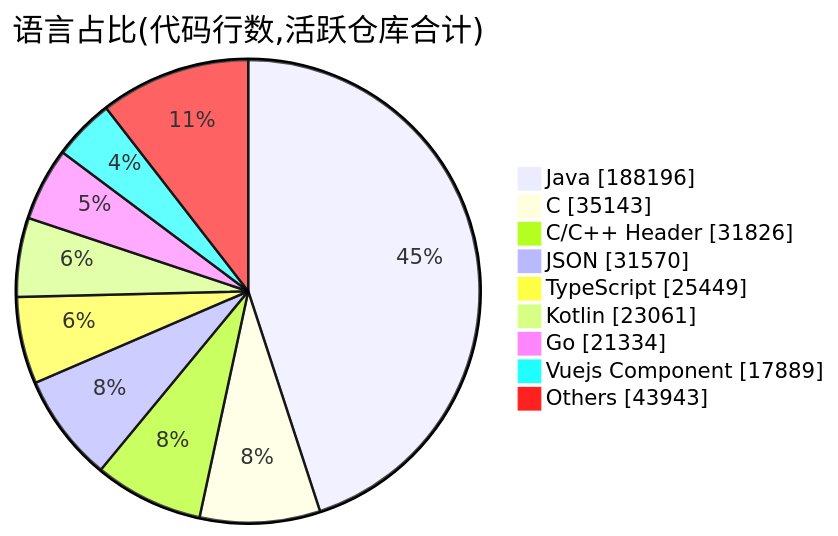
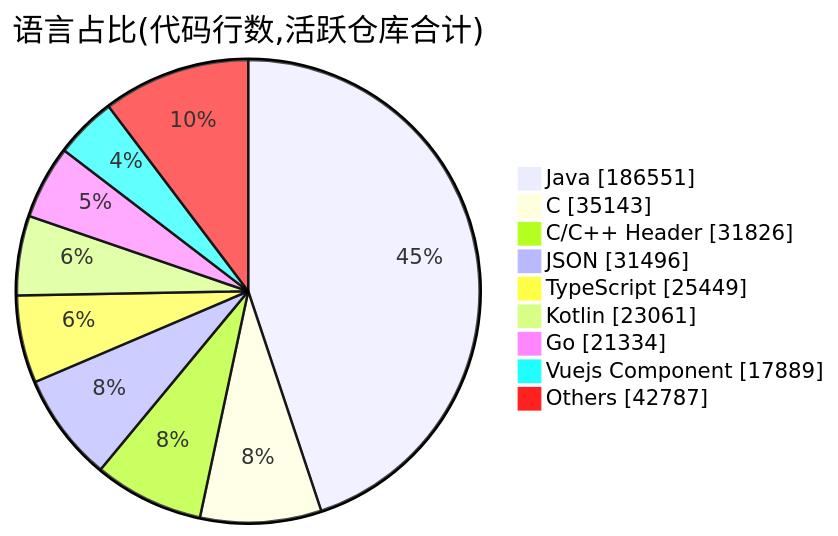
Before and after one commit to Conflux-Union/.github: the second of 2 diagrams in profile/README.md, drawn with Mermaid. The commit also changed other lines of this file and 1 other file, not shown here.

````diff
--- a/profile/README.md
+++ b/profile/README.md
@@ -82,13 +82,13 @@
 ```mermaid
 pie showData
     title 语言占比(代码行数,活跃仓库合计)
-    "Java" : 188196
+    "Java" : 186551
     "C" : 35143
     "C/C++ Header" : 31826
-    "JSON" : 31570
+    "JSON" : 31496
     "TypeScript" : 25449
     "Kotlin" : 23061
     "Go" : 21334
     "Vuejs Component" : 17889
-    "Others" : 43943
+    "Others" : 42787
 ```
````
